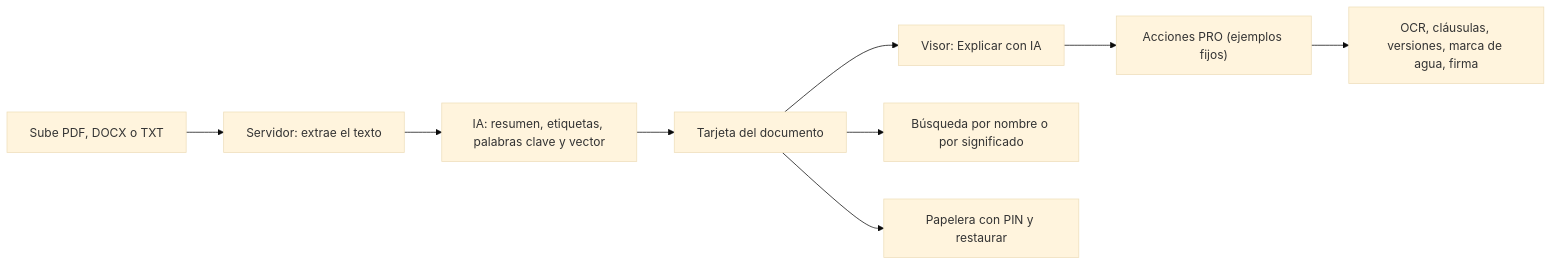
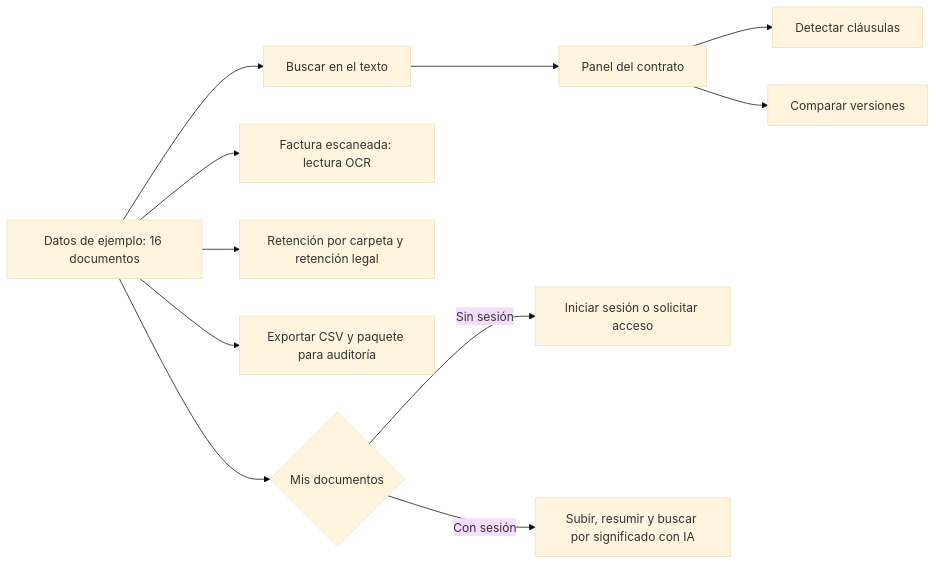
The first of 3 diagrams in docs/wiki/Guia-Demo-gestor-documentos.md (ronalc90/koptup), drawn with Mermaid (base theme) before and after one commit. The commit also changed other lines of this file and 63 other files, not shown here.

````diff
--- a/docs/wiki/Guia-Demo-gestor-documentos.md
+++ b/docs/wiki/Guia-Demo-gestor-documentos.md
@@ -25,11 +26,13 @@
 ```mermaid
 flowchart LR
-    A["Sube PDF, DOCX o TXT"] --> B["Servidor: extrae el texto"]
-    B --> C["IA: resumen, etiquetas, palabras clave y vector"]
-    C --> D["Tarjeta del documento"]
-    D --> E["Visor: Explicar con IA"]
-    D --> F["Búsqueda por nombre o por significado"]
-    E --> G["Acciones PRO (ejemplos fijos)"]
-    G --> H["OCR, cláusulas, versiones, marca de agua, firma"]
-    D --> I["Papelera con PIN y restaurar"]
+    A["Datos de ejemplo: 16 documentos"] --> B["Buscar en el texto"]
+    B --> C["Panel del contrato"]
+    C --> D["Detectar cláusulas"]
+    C --> E["Comparar versiones"]
+    A --> F["Factura escaneada: lectura OCR"]
+    A --> G["Retención por carpeta y retención legal"]
+    A --> H["Exportar CSV y paquete para auditoría"]
+    A --> I{"Mis documentos"}
+    I -- "Sin sesión" --> J["Iniciar sesión o solicitar acceso"]
+    I -- "Con sesión" --> K["Subir, resumir y buscar por significado con IA"]
 ```
````
